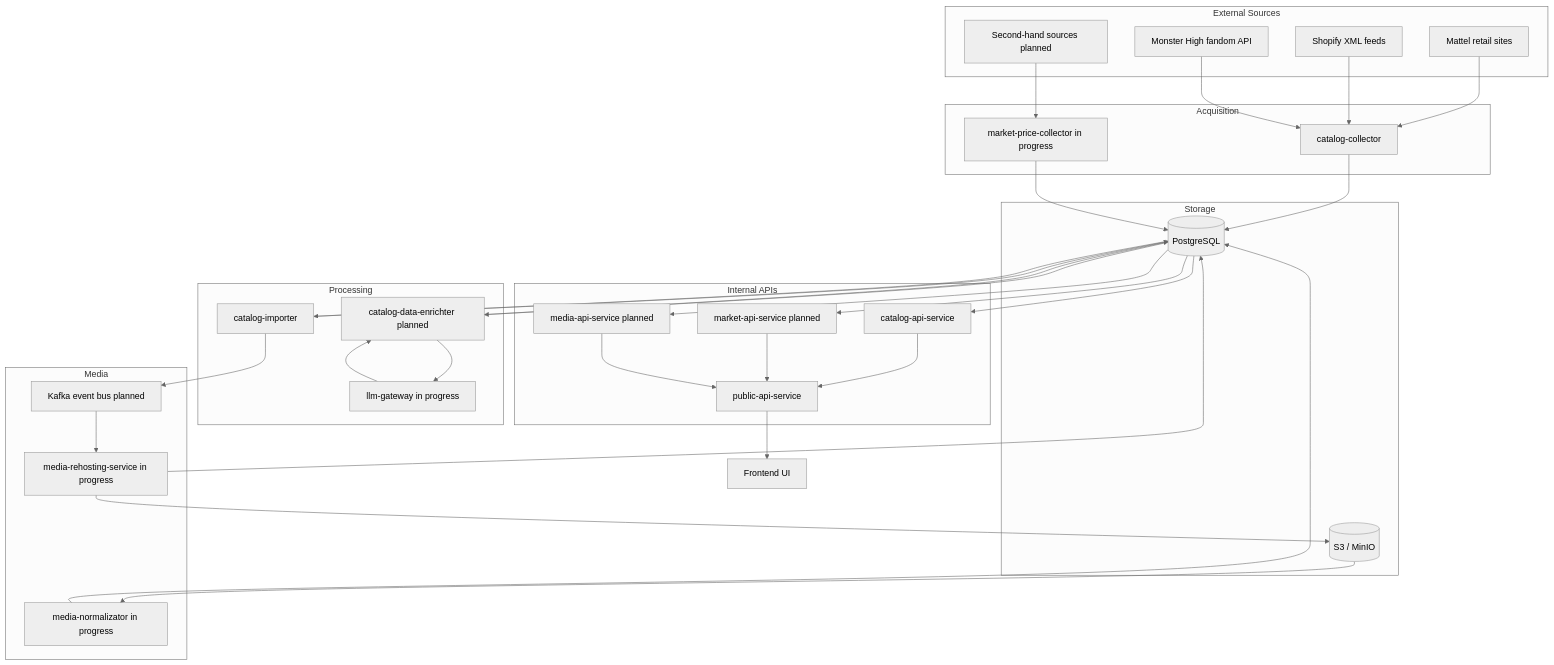
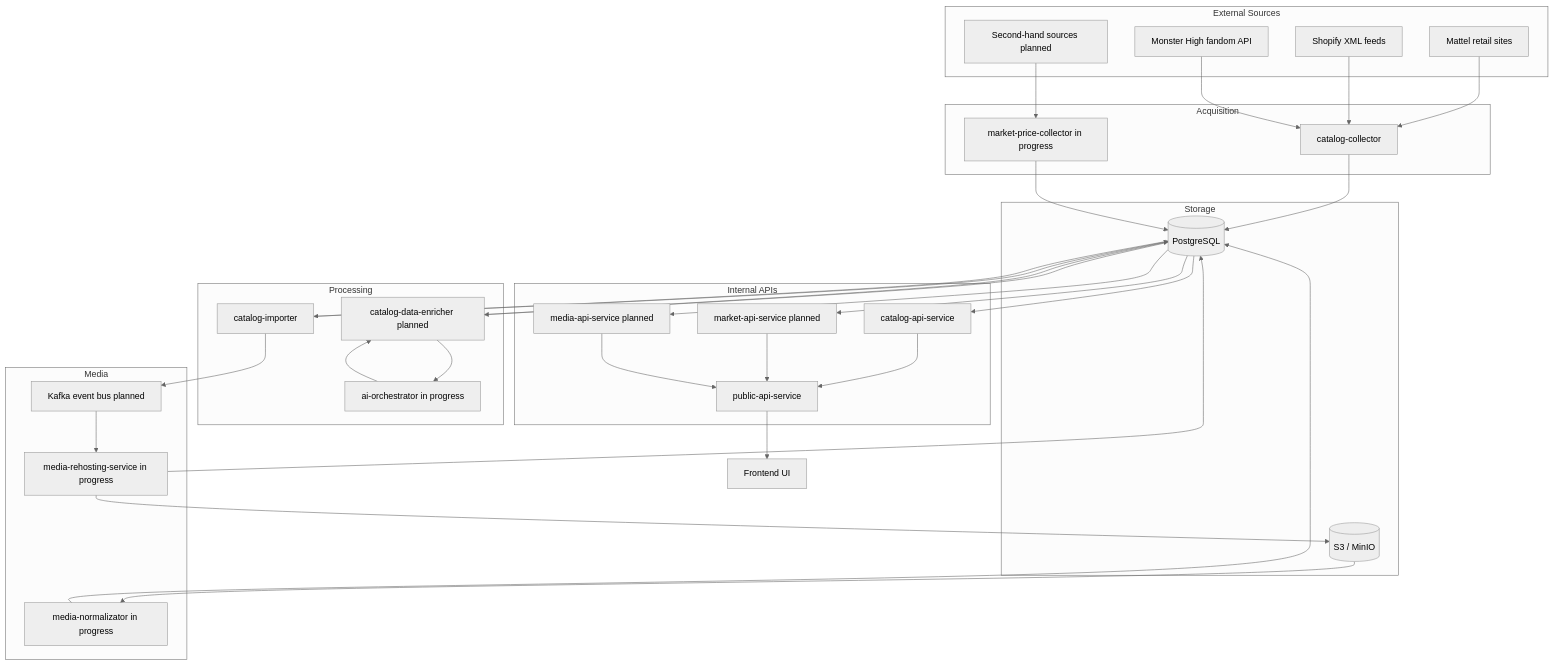
Before and after one commit to MafiaCoconut/Monstrino: the diagram in monstrino-docs/docs/architecture/01-architecture-overview.md, drawn with Mermaid (neutral theme). The commit also changed other lines of this file and 86 other files, not shown here.

````diff
--- a/monstrino-docs/docs/architecture/01-architecture-overview.md
+++ b/monstrino-docs/docs/architecture/01-architecture-overview.md
@@ -104,72 +104,72 @@
 ```mermaid
 flowchart TD
     subgraph External[External Sources]
         E1[Mattel retail sites]
         E2[Shopify XML feeds]
         E3[Monster High fandom API]
         E4[Second-hand sources planned]
     end
 
     subgraph Acquisition[Acquisition]
         CC[catalog-collector]
         MPC[market-price-collector in progress]
     end
 
     subgraph Processing[Processing]
-        CDE[catalog-data-enrichter planned]
-        LLM[llm-gateway in progress]
+        CDE[catalog-data-enricher planned]
+        LLM[ai-orchestrator in progress]
         CI[catalog-importer]
     end
 
     subgraph Media[Media]
         KB[Kafka event bus planned]
         MRS[media-rehosting-service in progress]
         MN[media-normalizator in progress]
     end
 
     subgraph APIs[Internal APIs]
         CAS[catalog-api-service]
         MAS[market-api-service planned]
         MEDAS[media-api-service planned]
         PAS[public-api-service]
     end
 
     subgraph Storage[Storage]
         DB[(PostgreSQL)]
         OBJ[(S3 / MinIO)]
     end
 
     UI[Frontend UI]
 
     E1 --> CC
     E2 --> CC
     E3 --> CC
     E4 --> MPC
 
     CC --> DB
     MPC --> DB
 
     DB --> CDE
     CDE --> LLM
     LLM --> CDE
     CDE --> DB
 
     DB --> CI
     CI --> DB
     CI --> KB
 
     KB --> MRS
     MRS --> DB
     MRS --> OBJ
     OBJ --> MN
     MN --> DB
 
     DB --> CAS
     DB --> MAS
     DB --> MEDAS
 
     CAS --> PAS
     MAS --> PAS
     MEDAS --> PAS
     PAS --> UI
 ```
````
